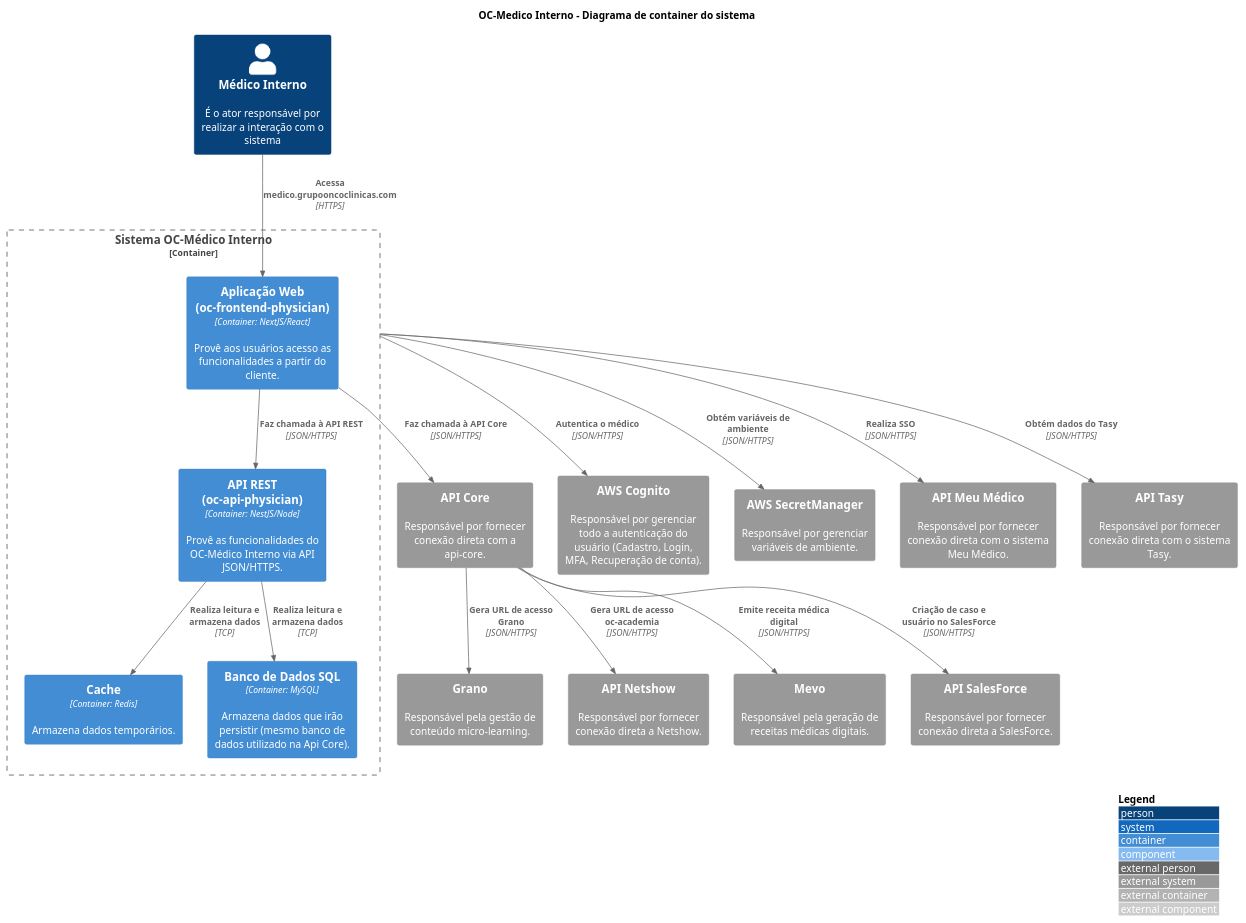
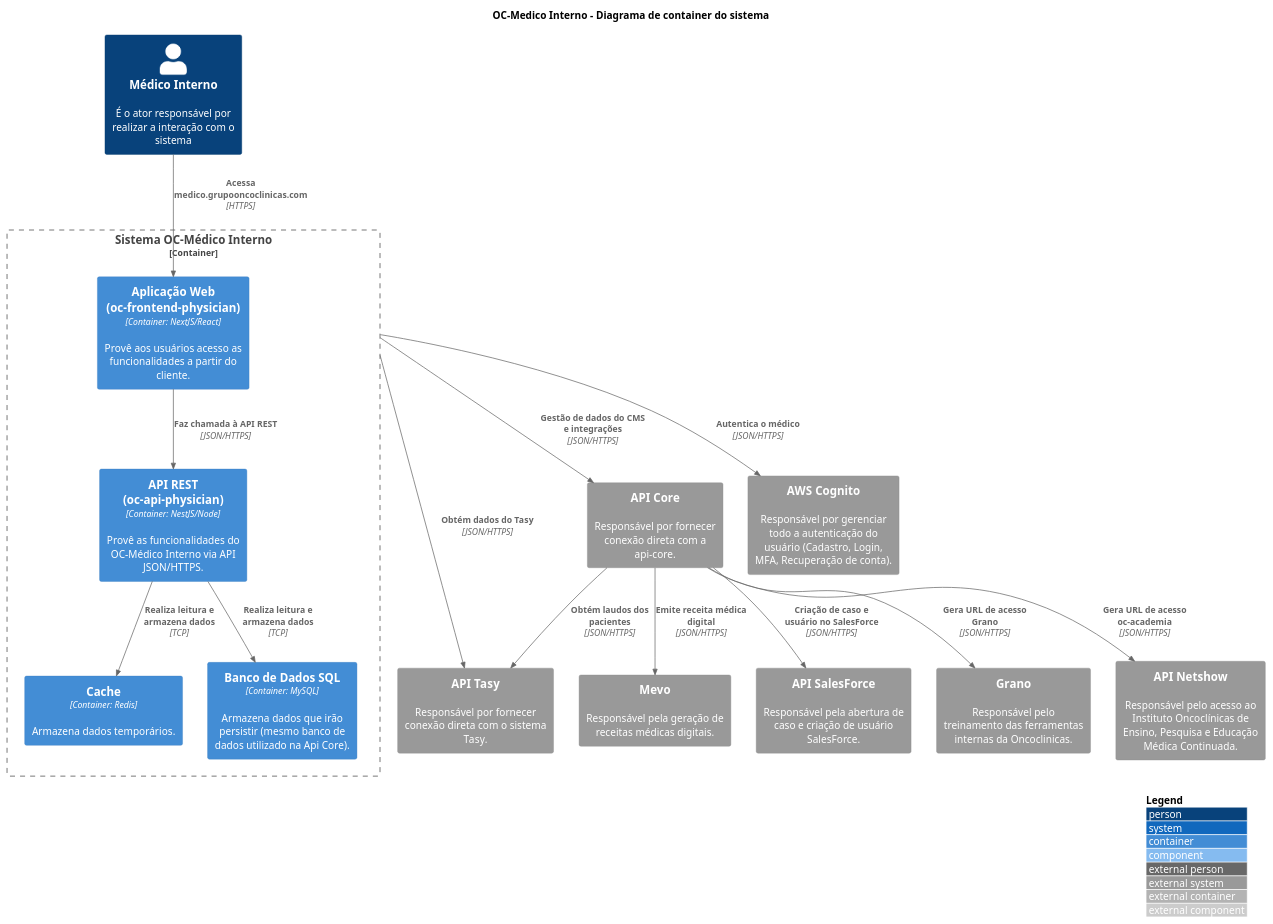
The diagram in src/OC-Medico Interno/C1. Visão Geral/C2. Sistema/containers.puml (luizggbasedigital/poc-oc-docs), drawn with PlantUML before and after one commit. The commit also changed 7 other files, not shown here.

```diff
--- a/src/OC-Medico Interno/C1. Visão Geral/C2. Sistema/containers.puml
+++ b/src/OC-Medico Interno/C1. Visão Geral/C2. Sistema/containers.puml
@@ -1,58 +1,56 @@
 @startuml "Container Diagram"
 
 title "OC-Medico Interno - Diagrama de container do sistema"
 
 !include https://raw.githubusercontent.com/adrianvlupu/C4-PlantUML/latest/C4_Component.puml
 
 LAYOUT_WITH_LEGEND()
 
 skinparam backgroundcolor transparent
 
 /'Actors'/
 Person(ActorInternalPhysician, "Médico Interno", "É o ator responsável por realizar a interação com o sistema")
 
 /'Internal Systems'/
 Container_Boundary(SystemOCInternalPhysician, "Sistema OC-Médico Interno") {
   Container(ContainerWebApp, "Aplicação Web (oc-frontend-physician)", "Container: NextJS/React", "Provê aos usuários acesso as funcionalidades a partir do cliente.")
   Container(ContainerServerApi, "API REST (oc-api-physician)", "Container: NestJS/Node", "Provê as funcionalidades do OC-Médico Interno via API JSON/HTTPS.")
   Container(ContainerDatabaseRedis, "Cache", "Container: Redis", "Armazena dados temporários.")
   Container(ContainerDatabaseSQL, "Banco de Dados SQL", "Container: MySQL", "Armazena dados que irão persistir (mesmo banco de dados utilizado na Api Core).")
 
   Rel(ActorInternalPhysician, ContainerWebApp, "Acessa medico.grupooncoclinicas.com", "HTTPS")
   Rel(ContainerServerApi, ContainerDatabaseRedis, "Realiza leitura e armazena dados", "TCP")
   Rel(ContainerServerApi, ContainerDatabaseSQL, "Realiza leitura e armazena dados", "TCP")
 
   Rel(ContainerWebApp, ContainerServerApi, "Faz chamada à API REST", "JSON/HTTPS")
 
 }
 
 /'External Systems'/
-System_Ext(SystemMyPhysicianApi, "API Meu Médico", "Responsável por fornecer conexão direta com o sistema Meu Médico.")
 System_Ext(SystemTasyApi, "API Tasy", "Responsável por fornecer conexão direta com o sistema Tasy.")
 
 /'API-Core Systems'/
 System_Ext(SystemApiCore, "API Core", "Responsável por fornecer conexão direta com a api-core.")
 System_Ext(SystemMevo, "Mevo", "Responsável pela geração de receitas médicas digitais.")
-System_Ext(SystemSalesForce, "API SalesForce", "Responsável por fornecer conexão direta a SalesForce.")
-System_Ext(SystemGrano, "Grano", "Responsável pela gestão de conteúdo micro-learning.")
-System_Ext(SystemNetshow, "API Netshow", "Responsável por fornecer conexão direta a Netshow.")
+System_Ext(SystemSalesForce, "API SalesForce", "Responsável pela abertura de caso e criação de usuário SalesForce.")
+System_Ext(SystemGrano, "Grano", "Responsável pelo treinamento das ferramentas internas da Oncoclinicas.")
+System_Ext(SystemNetshow, "API Netshow", "Responsável pelo acesso ao Instituto Oncoclínicas de Ensino, Pesquisa e Educação Médica Continuada.")
 
 /'AWS Systems'/
 System_Ext(SystemAWSCognito, "AWS Cognito", "Responsável por gerenciar todo a autenticação do usuário (Cadastro, Login, MFA, Recuperação de conta).")
-System_Ext(SystemAWSSecretManager, "AWS SecretManager", "Responsável por gerenciar variáveis de ambiente.")
+
 
 /'Relations'/
 Rel(SystemOCInternalPhysician, SystemAWSCognito, "Autentica o médico", "JSON/HTTPS")
-Rel(SystemOCInternalPhysician, SystemAWSSecretManager, "Obtém variáveis de ambiente", "JSON/HTTPS")
-Rel(SystemOCInternalPhysician, SystemMyPhysicianApi, "Realiza SSO", "JSON/HTTPS")
 Rel(SystemOCInternalPhysician, SystemTasyApi, "Obtém dados do Tasy", "JSON/HTTPS")
 
 /'API-Core Integrations'/
-Rel(ContainerWebApp, SystemApiCore, "Faz chamada à API Core", "JSON/HTTPS")
+Rel(SystemOCInternalPhysician, SystemApiCore, "Gestão de dados do CMS e integrações", "JSON/HTTPS")
+Rel(SystemApiCore, SystemTasyApi, "Obtém laudos dos pacientes", "JSON/HTTPS")
 Rel(SystemApiCore, SystemMevo, "Emite receita médica digital", "JSON/HTTPS")
 Rel(SystemApiCore, SystemSalesForce, "Criação de caso e usuário no SalesForce", "JSON/HTTPS")
 Rel(SystemApiCore, SystemGrano, "Gera URL de acesso Grano", "JSON/HTTPS")
 Rel(SystemApiCore, SystemNetshow, "Gera URL de acesso oc-academia", "JSON/HTTPS")
 
 
 @enduml
```
